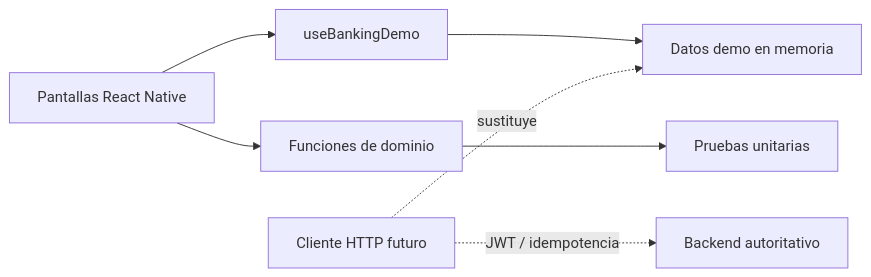
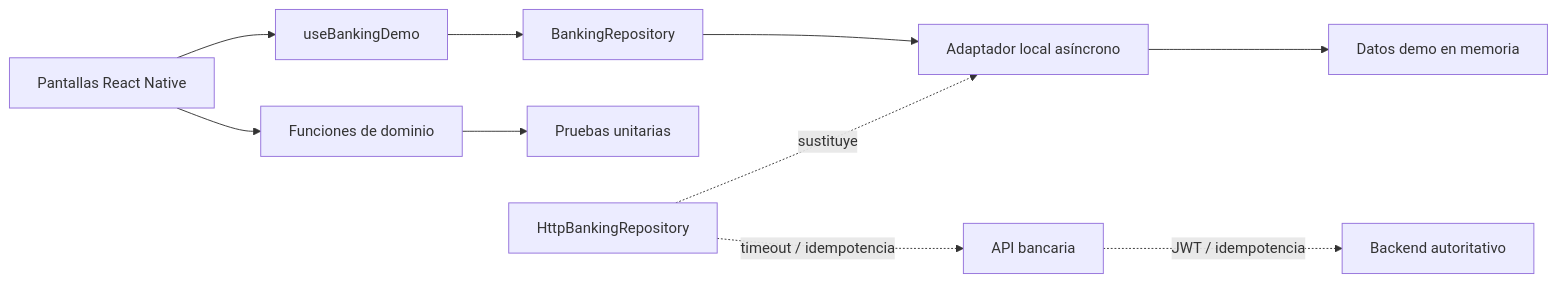
One commit to Franco97sassi/AppMobileBanca changed the diagram in docs/architecture.md. Above: the diagram before and after it, drawn with Mermaid. The commit also changed other lines of this file and 14 other files, not shown here.

Commit message:
feat: complete semisenior architecture baseline

````diff
--- a/docs/architecture.md
+++ b/docs/architecture.md
@@ -3,9 +3,12 @@
 ```mermaid
 flowchart LR
   UI[Pantallas React Native] --> Hook[useBankingDemo]
   UI --> Domain[Funciones de dominio]
-  Hook --> Fixtures[Datos demo en memoria]
+  Hook --> Port[BankingRepository]
+  Port --> Adapter[Adaptador local asíncrono]
+  Adapter --> Fixtures[Datos demo en memoria]
   Domain --> Tests[Pruebas unitarias]
-  API[Cliente HTTP futuro] -. sustituye .-> Fixtures
+  HTTP[HttpBankingRepository] -. sustituye .-> Adapter
+  HTTP -. timeout / idempotencia .-> API[API bancaria]
   API -. JWT / idempotencia .-> Backend[Backend autoritativo]
 ```
````
